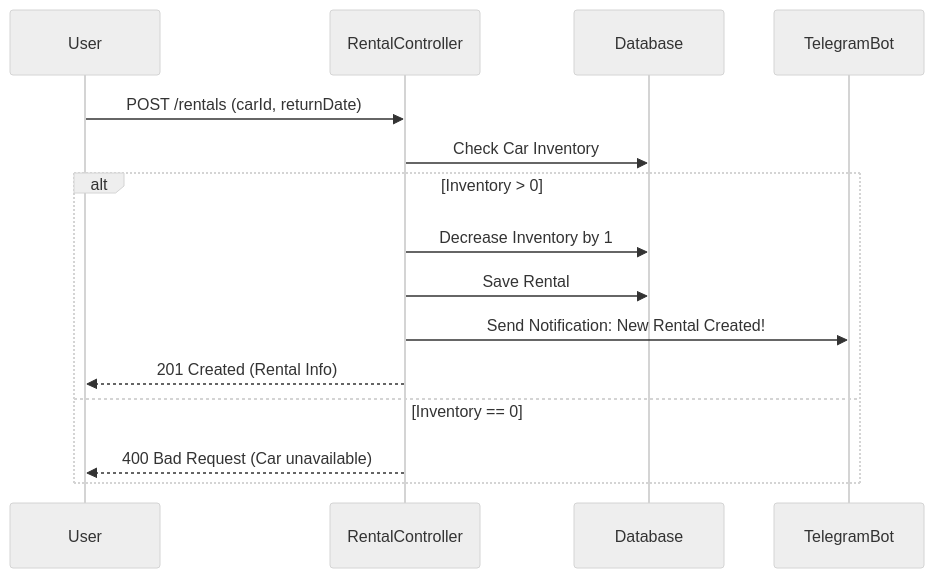
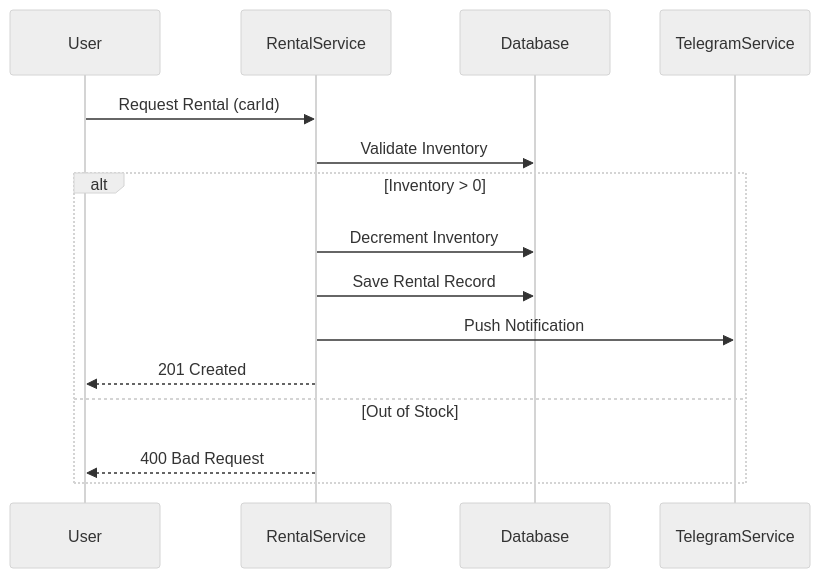
The second of 2 diagrams in README.md (DevCella/car-sharing-service), drawn with Mermaid (neutral theme) before and after one commit. The commit also changed other lines of this file and 37 other files, not shown here.

````diff
--- a/README.md
+++ b/README.md
@@ -95,18 +87,18 @@
 ```mermaid
 sequenceDiagram
     participant User
-    participant API as RentalController
+    participant API as RentalService
     participant DB as Database
-    participant TG as TelegramBot
-    User ->> API: POST /rentals (carId, returnDate)
-    API ->> DB: Check Car Inventory
+    participant TG as TelegramService
+    User ->> API: Request Rental (carId)
+    API ->> DB: Validate Inventory
     alt Inventory > 0
-        API ->> DB: Decrease Inventory by 1
-        API ->> DB: Save Rental
-        API ->> TG: Send Notification: New Rental Created!
-        API -->> User: 201 Created (Rental Info)
-    else Inventory == 0
-        API -->> User: 400 Bad Request (Car unavailable)
+        API ->> DB: Decrement Inventory
+        API ->> DB: Save Rental Record
+        API ->> TG: Push Notification
+        API -->> User: 201 Created
+    else Out of Stock
+        API -->> User: 400 Bad Request
     end
 
 ```
````
